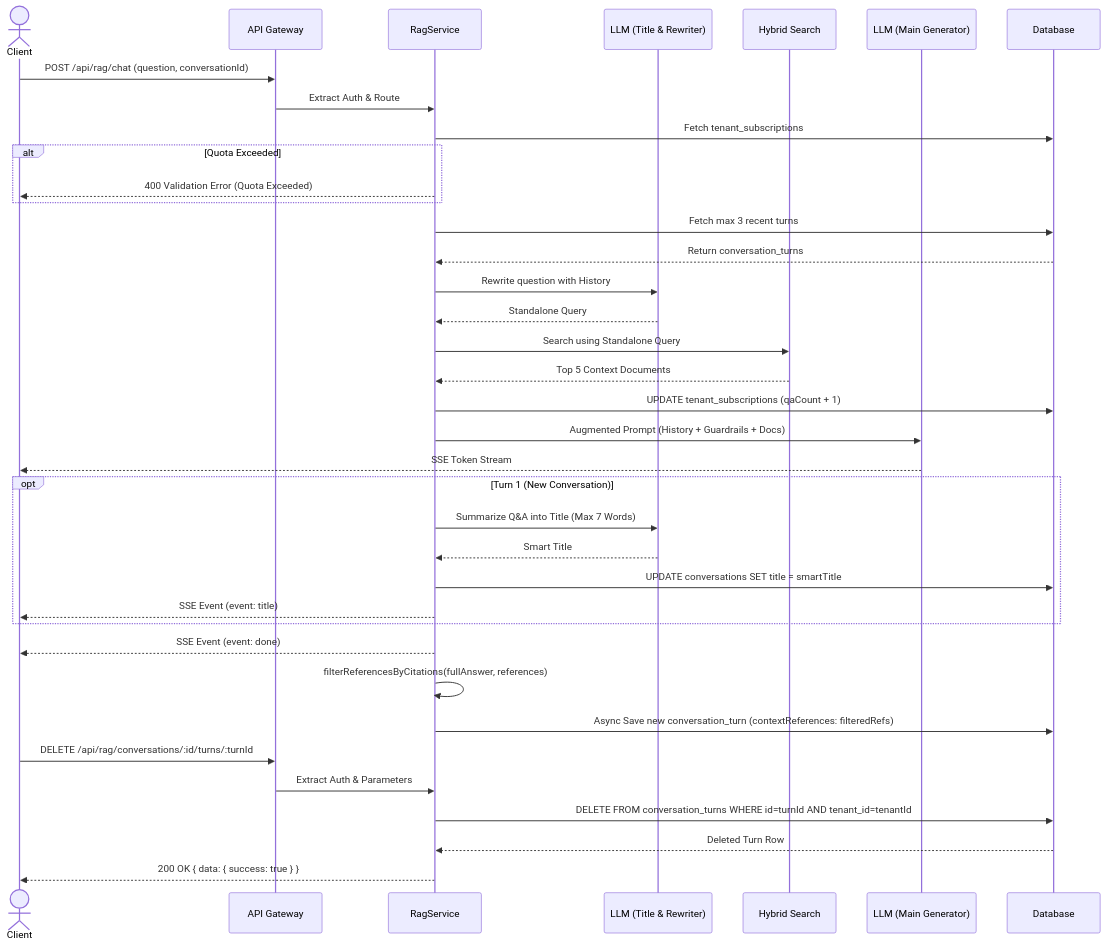
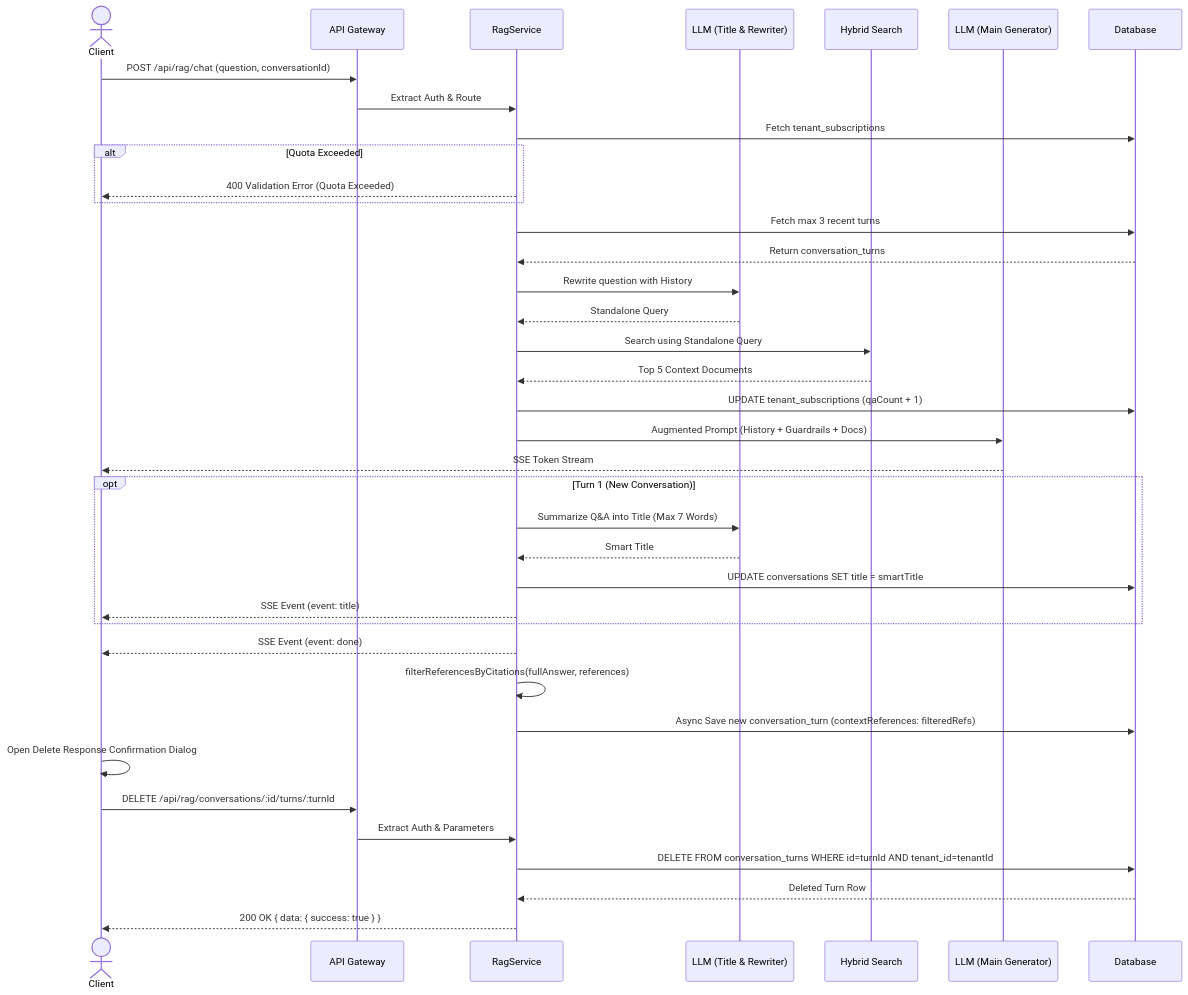
Before and after one commit to kanzhamada/Dokyudo: the diagram in docs/features/rag-conversation.md, drawn with Mermaid. The commit also changed other lines of this file and 4 other files, not shown here.

````diff
--- a/docs/features/rag-conversation.md
+++ b/docs/features/rag-conversation.md
@@ -32,43 +44,44 @@
 ```mermaid
 sequenceDiagram
     actor Client
     participant API Gateway
     participant RagService
     participant LLM (Title & Rewriter)
     participant Hybrid Search
     participant LLM (Main Generator)
     participant Database
 
     %% Memory & Query Rewriting Flow
     Client->>API Gateway: POST /api/rag/chat (question, conversationId)
     API Gateway->>RagService: Extract Auth & Route
     RagService->>Database: Fetch tenant_subscriptions
     alt Quota Exceeded
         RagService-->>Client: 400 Validation Error (Quota Exceeded)
     end
     RagService->>Database: Fetch max 3 recent turns
     Database-->>RagService: Return conversation_turns
     RagService->>LLM (Title & Rewriter): Rewrite question with History
     LLM (Title & Rewriter)-->>RagService: Standalone Query
     RagService->>Hybrid Search: Search using Standalone Query
     Hybrid Search-->>RagService: Top 5 Context Documents
     RagService->>Database: UPDATE tenant_subscriptions (qaCount + 1)
     RagService->>LLM (Main Generator): Augmented Prompt (History + Guardrails + Docs)
     LLM (Main Generator)-->>Client: SSE Token Stream
     opt Turn 1 (New Conversation)
         RagService->>LLM (Title & Rewriter): Summarize Q&A into Title (Max 7 Words)
         LLM (Title & Rewriter)-->>RagService: Smart Title
         RagService->>Database: UPDATE conversations SET title = smartTitle
         RagService-->>Client: SSE Event (event: title)
     end
     RagService-->>Client: SSE Event (event: done)
     RagService->>RagService: filterReferencesByCitations(fullAnswer, references)
     RagService->>Database: Async Save new conversation_turn (contextReferences: filteredRefs)
 
     %% Turn Deletion Sub-Flow
+    Client->>Client: Open Delete Response Confirmation Dialog
     Client->>API Gateway: DELETE /api/rag/conversations/:id/turns/:turnId
     API Gateway->>RagService: Extract Auth & Parameters
     RagService->>Database: DELETE FROM conversation_turns WHERE id=turnId AND tenant_id=tenantId
     Database-->>RagService: Deleted Turn Row
     RagService-->>Client: 200 OK { data: { success: true } }
 ```
````
